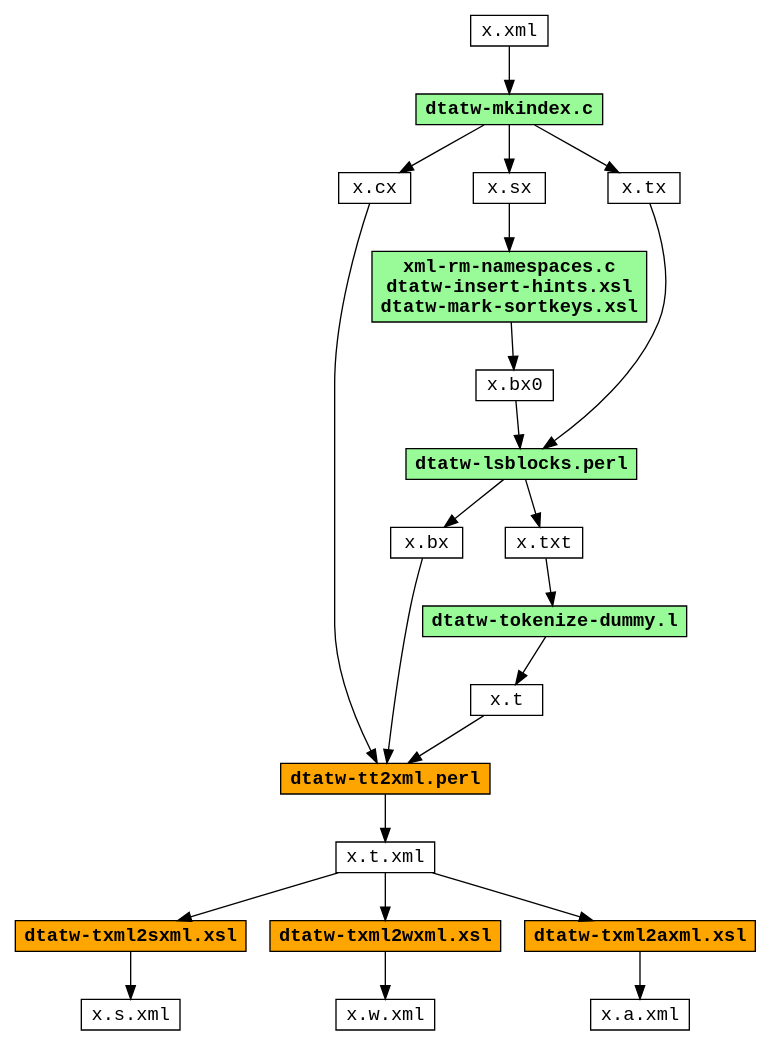
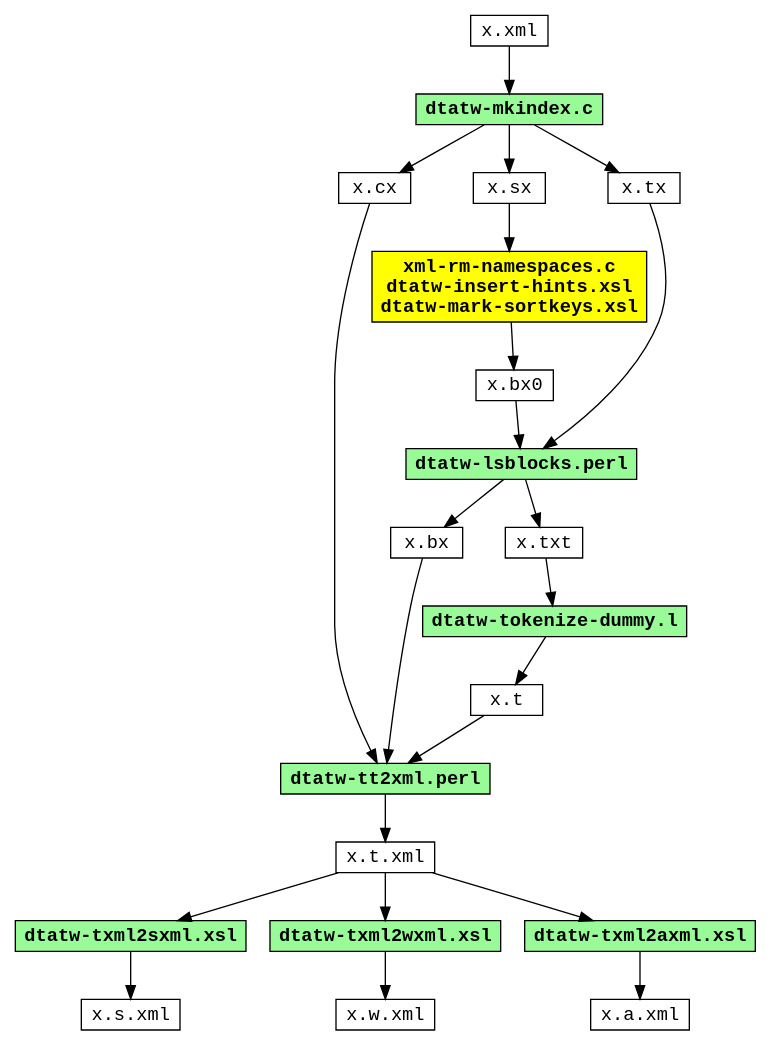
The diagram in doc/dataflow.dot (moocow-the-bovine/dta-tokwrap), drawn with Graphviz before and after one commit. The commit also changed 5 other files, not shown here.

```diff
--- a/doc/dataflow.dot
+++ b/doc/dataflow.dot
@@ -1,58 +1,58 @@
 ##-*- Mode: C -*-
 digraph dataflow {
   node [shape=rectangle,height=0.25,fontname="Courier"];
 
   xml [label="x.xml"];
 
   mkindex [label="dtatw-mkindex.c",shape=rectangle,style=filled,fillcolor=PaleGreen,fontname="Courier-Bold"];
   xml -> mkindex;
 
   cx [label="x.cx"];
   sx [label="x.sx"];
   tx [label="x.tx"];
   mkindex -> cx;
   mkindex -> sx;
   mkindex -> tx;
   {rank=same; cx sx tx}
 
   bx0 [label="x.bx0"];
-  mkbx0 [label="xml-rm-namespaces.c\ndtatw-insert-hints.xsl\ndtatw-mark-sortkeys.xsl",shape=rectangle,style=filled,fillcolor=PaleGreen,fontname="Courier-Bold"];
+  mkbx0 [label="xml-rm-namespaces.c\ndtatw-insert-hints.xsl\ndtatw-mark-sortkeys.xsl",shape=rectangle,style=filled,fillcolor=yellow,fontname="Courier-Bold"];
   sx -> mkbx0;
   mkbx0 -> bx0;
 
   bx [label="x.bx"];
   txt [label="x.txt"];
   lsblocks [label="dtatw-lsblocks.perl",shape=rectangle,style=filled,fillcolor=PaleGreen,fontname="Courier-Bold"];
   bx0 -> lsblocks;
   tx  -> lsblocks;
   lsblocks -> bx;
   lsblocks -> txt;
   {rank=same; bx txt}
 
   t [label="x.t"];
   tokenize [label="dtatw-tokenize-dummy.l",shape=rectangle,style=filled,fillcolor=PaleGreen,fontname="Courier-Bold"];
   txt -> tokenize;
   tokenize -> t;
 
   t_xml [label="x.t.xml"];
-  t2xml [label="dtatw-tt2xml.perl",shape=rectangle,style=filled,fillcolor=orange,fontname="Courier-Bold"];
+  t2xml [label="dtatw-tt2xml.perl",shape=rectangle,style=filled,fillcolor=PaleGreen,fontname="Courier-Bold"];
   t -> t2xml;
   bx -> t2xml;
   cx -> t2xml;
   t2xml -> t_xml;
 
   s_xml [label="x.s.xml"];
-  txml2sxml [label="dtatw-txml2sxml.xsl",shape=rectangle,style=filled,fillcolor=orange,fontname="Courier-Bold"];
+  txml2sxml [label="dtatw-txml2sxml.xsl",shape=rectangle,style=filled,fillcolor=PaleGreen,fontname="Courier-Bold"];
   t_xml -> txml2sxml;
   txml2sxml -> s_xml;
 
   w_xml [label="x.w.xml"];
-  txml2wxml [label="dtatw-txml2wxml.xsl",shape=rectangle,style=filled,fillcolor=orange,fontname="Courier-Bold"];
+  txml2wxml [label="dtatw-txml2wxml.xsl",shape=rectangle,style=filled,fillcolor=PaleGreen,fontname="Courier-Bold"];
   t_xml -> txml2wxml;
   txml2wxml -> w_xml;
 
   a_xml [label="x.a.xml"];
-  txml2axml [label="dtatw-txml2axml.xsl",shape=rectangle,style=filled,fillcolor=orange,fontname="Courier-Bold"];
+  txml2axml [label="dtatw-txml2axml.xsl",shape=rectangle,style=filled,fillcolor=PaleGreen,fontname="Courier-Bold"];
   t_xml -> txml2axml;
   txml2axml -> a_xml;
 }
```
